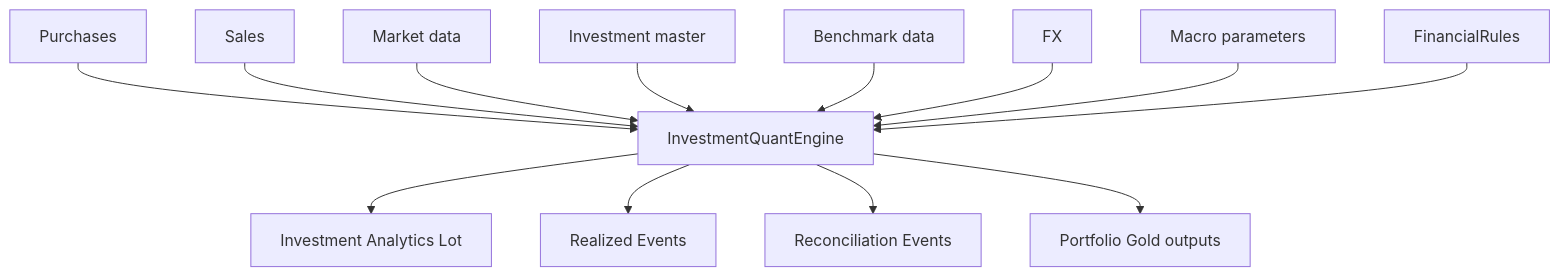
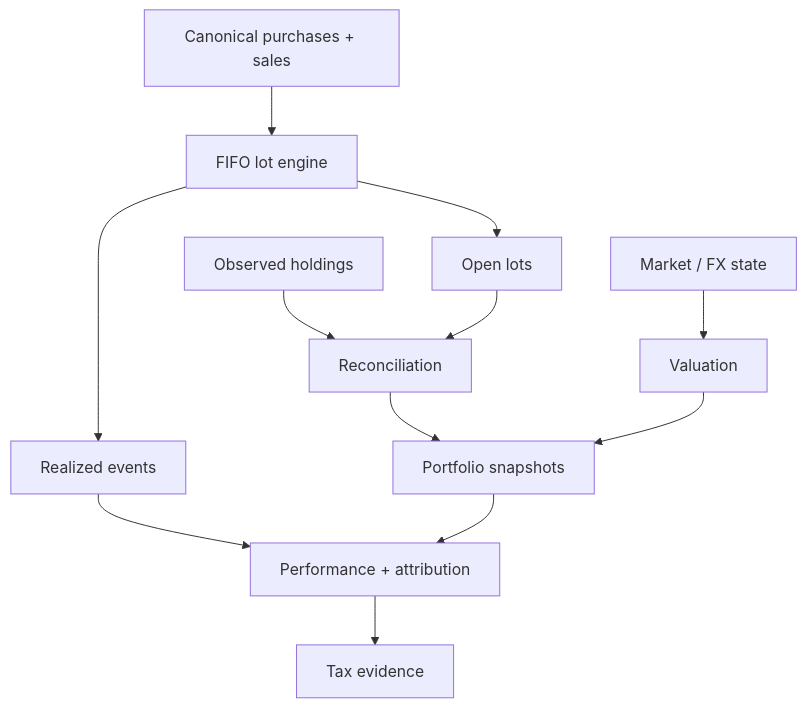
One commit to tks18/personal-finance-etl changed the ninth of 16 diagrams in docs/architecture/system-architecture.md. Above: the diagram before and after it, drawn with Mermaid. The commit also changed other lines of this file and 10 other files, not shown here.

Commit message:
docs: update docs/architecture for latest version

````diff
--- a/docs/architecture/system-architecture.md
+++ b/docs/architecture/system-architecture.md
@@ -377,16 +307,14 @@
 ```mermaid
-flowchart TB
-    P[Purchases] --> Q[InvestmentQuantEngine]
-    S[Sales] --> Q
-    M[Market data] --> Q
-    I[Investment master] --> Q
-    B[Benchmark data] --> Q
-    FX[FX] --> Q
-    MAC[Macro parameters] --> Q
-    RULES[FinancialRules] --> Q
-
-    Q --> LOT[Investment Analytics Lot]
-    Q --> REAL[Realized Events]
-    Q --> RECON[Reconciliation Events]
-    Q --> PG[Portfolio Gold outputs]
+flowchart TD
+    Trades[Canonical purchases + sales] --> FIFO[FIFO lot engine]
+    Market[Market / FX state] --> VAL[Valuation]
+    FIFO --> REAL[Realized events]
+    FIFO --> LOTS[Open lots]
+    Broker[Observed holdings] --> RECON[Reconciliation]
+    LOTS --> RECON
+    RECON --> PORT[Portfolio snapshots]
+    VAL --> PORT
+    REAL --> PERF[Performance + attribution]
+    PORT --> PERF
+    PERF --> TAX[Tax evidence]
 ```
````
